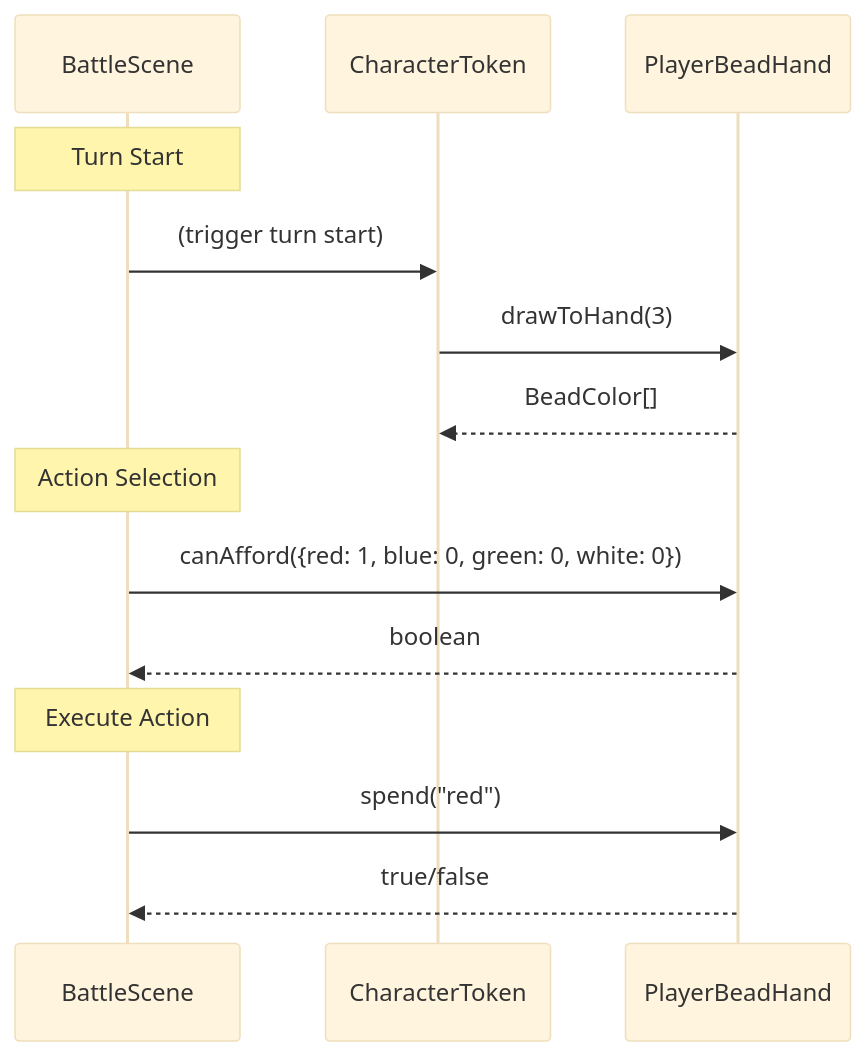
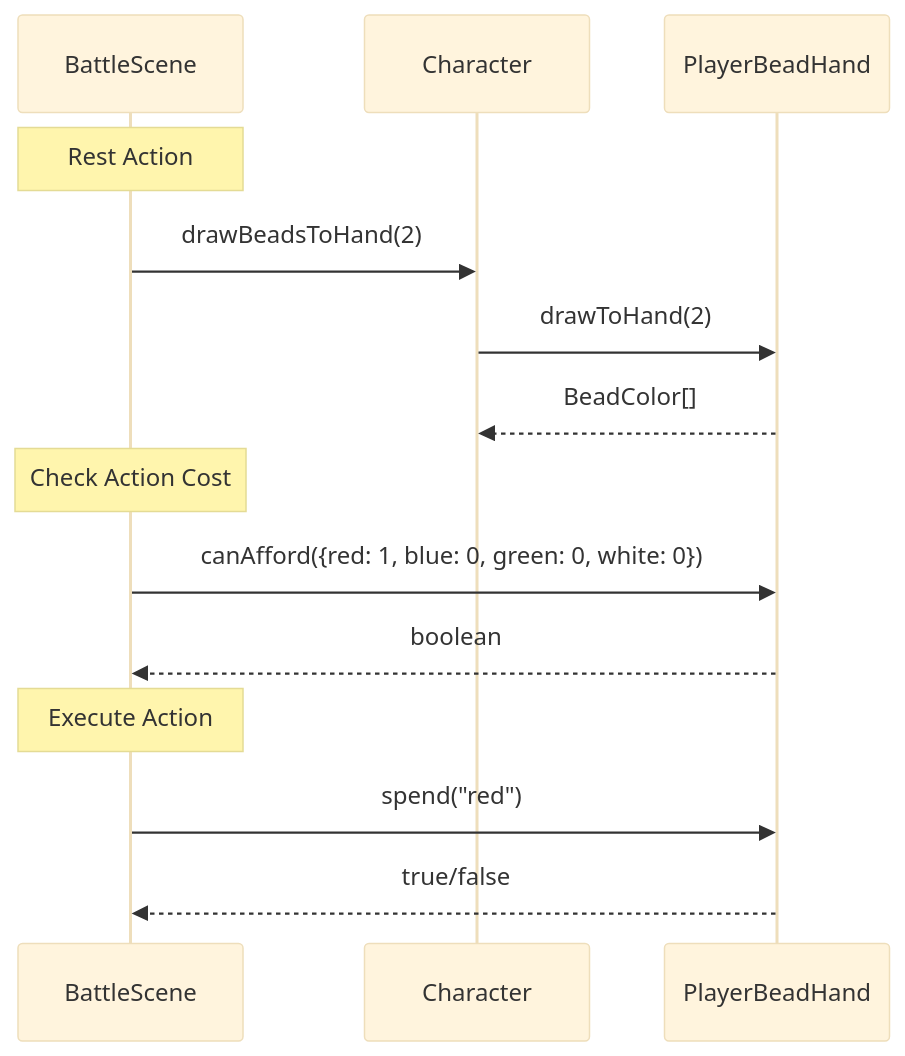
The third of 3 diagrams in docs/architecture/bead-system.md (Dpothier/tabletop-workshop), drawn with Mermaid (base theme) before and after one commit. The commit also changed other lines of this file and 40 other files, not shown here.

First line of the commit message:
feat: implement state/visual separation architecture

````diff
--- a/docs/architecture/bead-system.md
+++ b/docs/architecture/bead-system.md
@@ -131,19 +137,19 @@
 ```mermaid
 sequenceDiagram
     participant Battle as BattleScene
-    participant Token as CharacterToken
+    participant Char as Character
     participant Hand as PlayerBeadHand
 
-    Note over Battle: Turn Start
-    Battle->>Token: (trigger turn start)
-    Token->>Hand: drawToHand(3)
-    Hand-->>Token: BeadColor[]
+    Note over Battle: Rest Action
+    Battle->>Char: drawBeadsToHand(2)
+    Char->>Hand: drawToHand(2)
+    Hand-->>Char: BeadColor[]
 
-    Note over Battle: Action Selection
+    Note over Battle: Check Action Cost
     Battle->>Hand: canAfford({red: 1, blue: 0, green: 0, white: 0})
     Hand-->>Battle: boolean
 
     Note over Battle: Execute Action
     Battle->>Hand: spend("red")
     Hand-->>Battle: true/false
 ```
````
